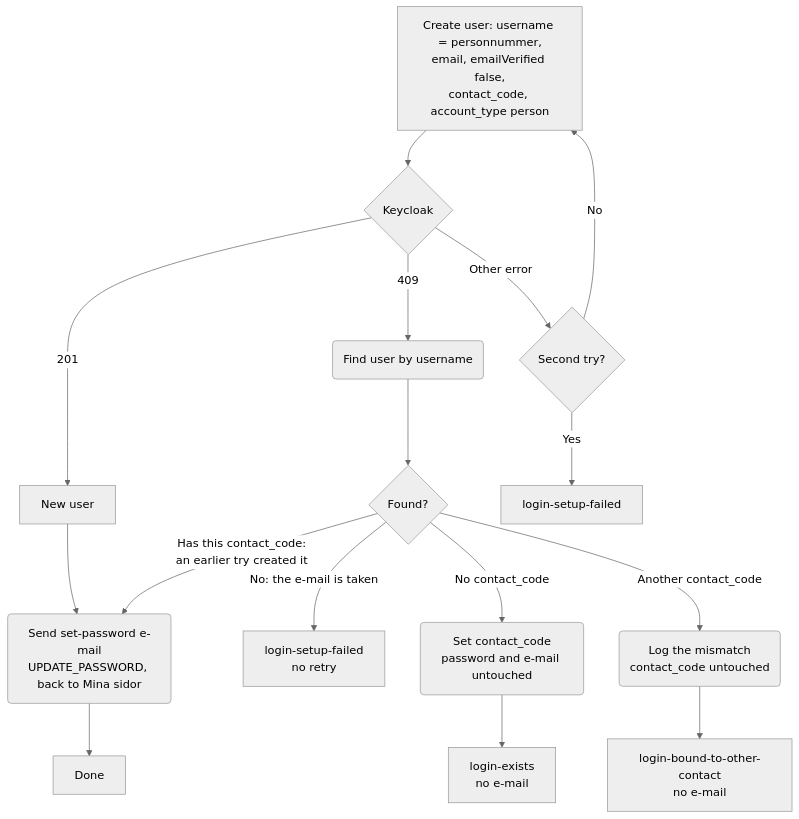
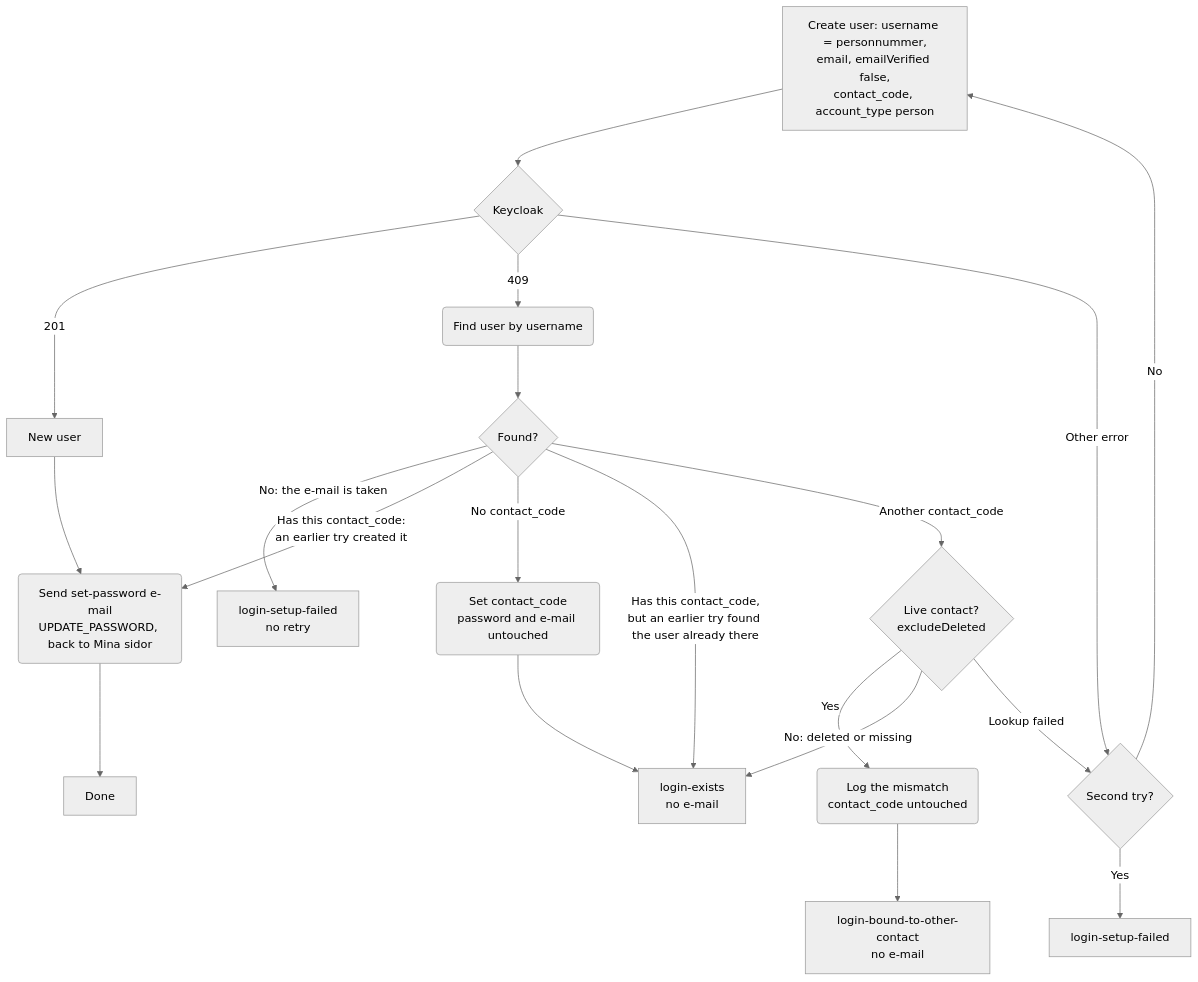
The second of 2 diagrams in core/src/processes/contacts/DOCS_Register_Applicant.md (Bostads-AB-Mimer/onecore), drawn with Mermaid (neutral theme) before and after one commit. The commit also changed other lines of this file and 5 other files, not shown here.

````diff
--- a/core/src/processes/contacts/DOCS_Register_Applicant.md
+++ b/core/src/processes/contacts/DOCS_Register_Applicant.md
@@ -62,17 +62,21 @@
 ```mermaid
 flowchart TD
 A[Create user: username = personnummer,<br/>email, emailVerified false,<br/>contact_code, account_type person] --> Ao{Keycloak}
 Ao --> |201| N[New user] --> M(Send set-password e-mail<br/>UPDATE_PASSWORD, back to Mina sidor)
 Ao --> |409| U(Find user by username)
 U --> Uo{Found?}
 Uo --> |No: the e-mail is taken| X[login-setup-failed<br/>no retry]
 Uo --> |Has this contact_code:<br/>an earlier try created it| M
 Uo --> |No contact_code| Fl(Set contact_code<br/>password and e-mail untouched)
-Uo --> |Another contact_code| Lg(Log the mismatch<br/>contact_code untouched)
+Uo --> |Has this contact_code,<br/>but an earlier try found the user already there| D
+Uo --> |Another contact_code| Lv{Live contact?<br/>excludeDeleted}
+Lv --> |Yes| Lg(Log the mismatch<br/>contact_code untouched)
+Lv --> |No: deleted or missing| D
+Lv --> |Lookup failed| T
 Fl --> D[login-exists<br/>no e-mail]
 Lg --> D3[login-bound-to-other-contact<br/>no e-mail]
 M --> D2[Done]
 Ao --> |Other error| T{Second try?}
 T --> |No| A
 T --> |Yes| X2[login-setup-failed]
 ```
````
